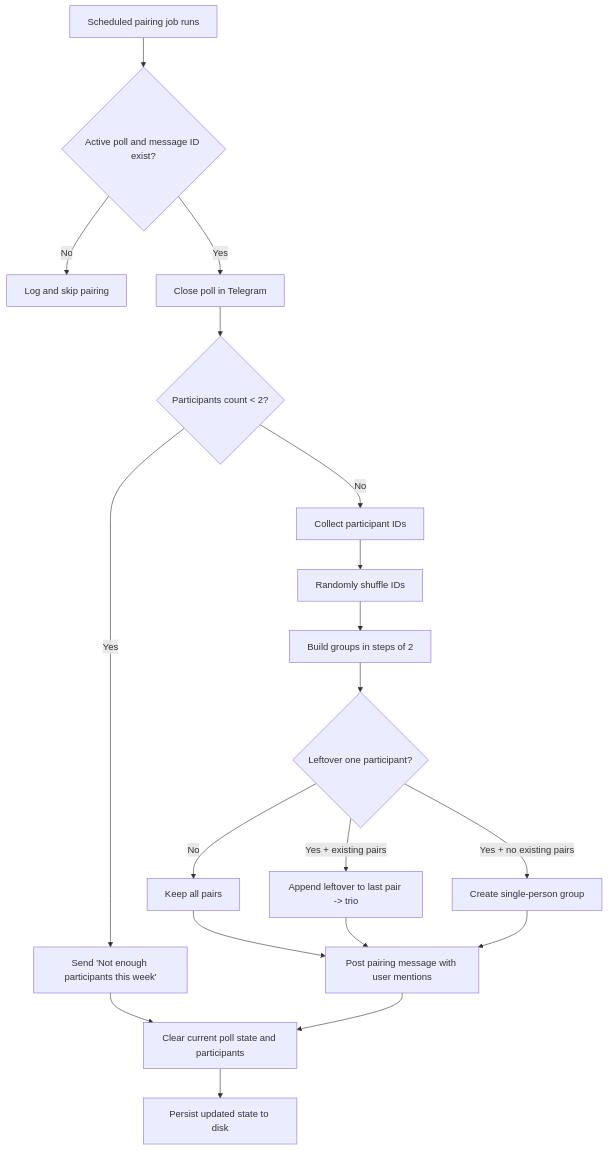
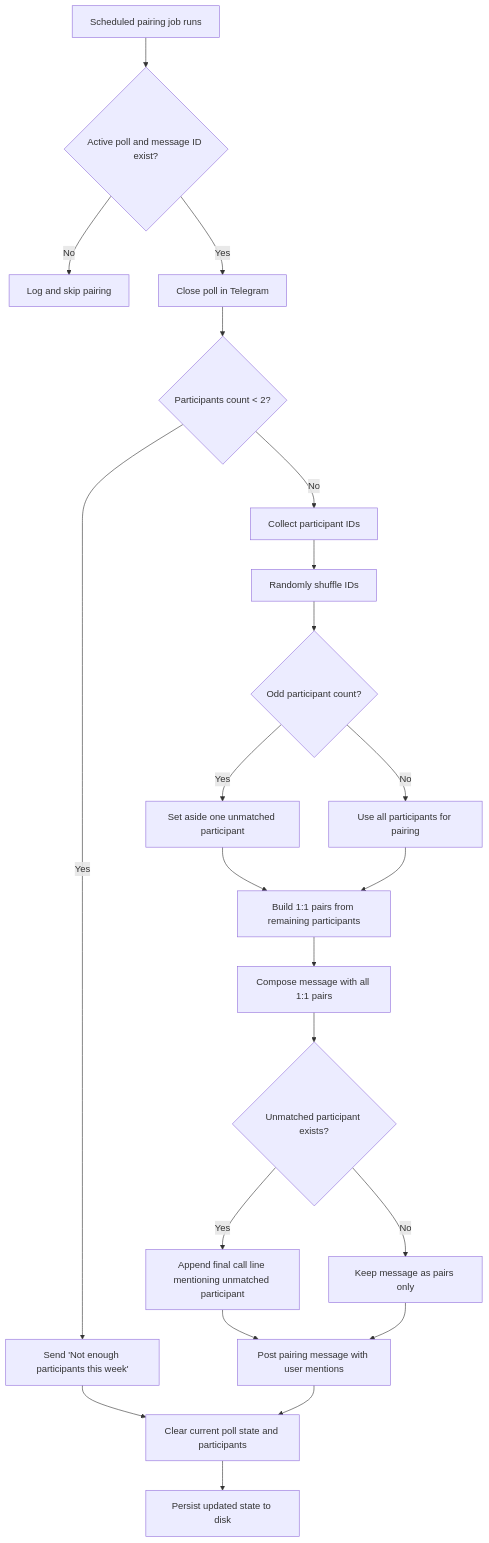
The diagram in README.md (svan8/ITPMClub_RandomCoffeeBot), drawn with Mermaid before and after one commit. The commit also changed other lines of this file and 2 other files, not shown here.

Commit message:
Change odd participant handling

````diff
--- a/README.md
+++ b/README.md
@@ -20,21 +20,24 @@
 ```mermaid
 flowchart TD
     A["Scheduled pairing job runs"] --> B{"Active poll and message ID exist?"}
     B -- "No" --> C["Log and skip pairing"]
     B -- "Yes" --> D["Close poll in Telegram"]
     D --> E{"Participants count < 2?"}
     E -- "Yes" --> F["Send 'Not enough participants this week'"]
     E -- "No" --> G["Collect participant IDs"]
     G --> H["Randomly shuffle IDs"]
-    H --> I["Build groups in steps of 2"]
-    I --> J{"Leftover one participant?"}
-    J -- "No" --> K["Keep all pairs"]
-    J -- "Yes + existing pairs" --> L["Append leftover to last pair -> trio"]
-    J -- "Yes + no existing pairs" --> M["Create single-person group"]
-    K --> N["Post pairing message with user mentions"]
-    L --> N
-    M --> N
-    F --> O["Clear current poll state and participants"]
-    N --> O
-    O --> P["Persist updated state to disk"]
+    H --> I{"Odd participant count?"}
+    I -- "Yes" --> J["Set aside one unmatched participant"]
+    I -- "No" --> K["Use all participants for pairing"]
+    J --> L["Build 1:1 pairs from remaining participants"]
+    K --> L
+    L --> M["Compose message with all 1:1 pairs"]
+    M --> N{"Unmatched participant exists?"}
+    N -- "Yes" --> O["Append final call line mentioning unmatched participant"]
+    N -- "No" --> P["Keep message as pairs only"]
+    O --> Q["Post pairing message with user mentions"]
+    P --> Q
+    F --> S["Clear current poll state and participants"]
+    Q --> S
+    S --> R["Persist updated state to disk"]
 ```
````
